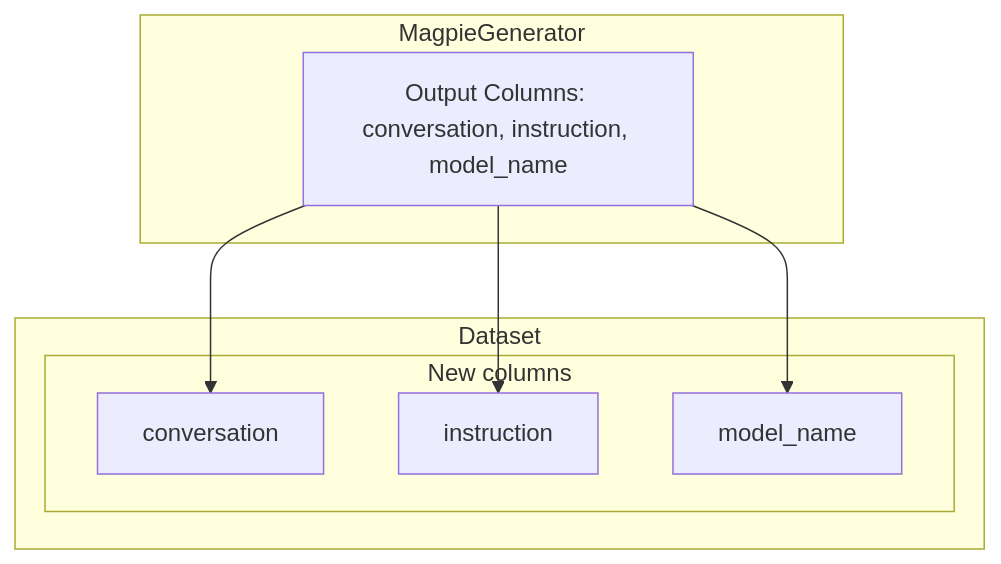
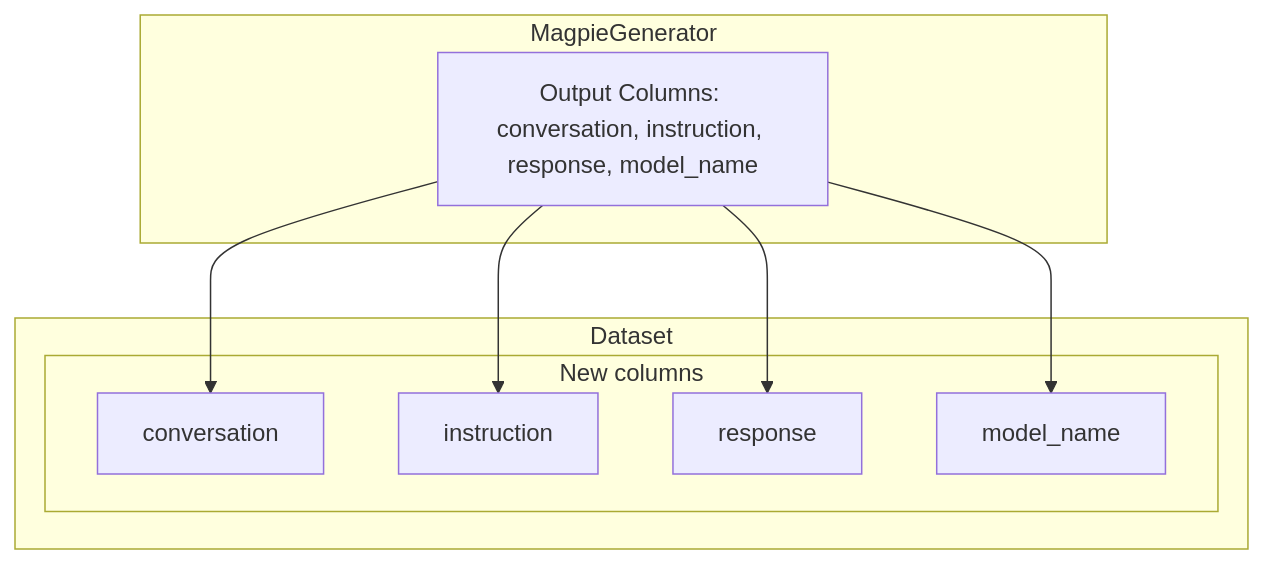
One commit to argilla-io/distilabel changed the diagram in pr-833/components-gallery/tasks/magpiegenerator.md. Above: the diagram before and after it, drawn with Mermaid. The commit also changed other lines of this file and 5 other files, not shown here.

````diff
--- a/pr-833/components-gallery/tasks/magpiegenerator.md
+++ b/pr-833/components-gallery/tasks/magpiegenerator.md
@@ -62,19 +62,21 @@
 ``` mermaid
 graph TD
 	subgraph Dataset
 		subgraph New columns
 			OCOL0[conversation]
 			OCOL1[instruction]
-			OCOL2[model_name]
+			OCOL2[response]
+			OCOL3[model_name]
 		end
 	end
 
 	subgraph MagpieGenerator
-		StepOutput[Output Columns: conversation, instruction, model_name]
+		StepOutput[Output Columns: conversation, instruction, response, model_name]
 	end
 
 	StepOutput --> OCOL0
 	StepOutput --> OCOL1
 	StepOutput --> OCOL2
+	StepOutput --> OCOL3
 
 ```
````
